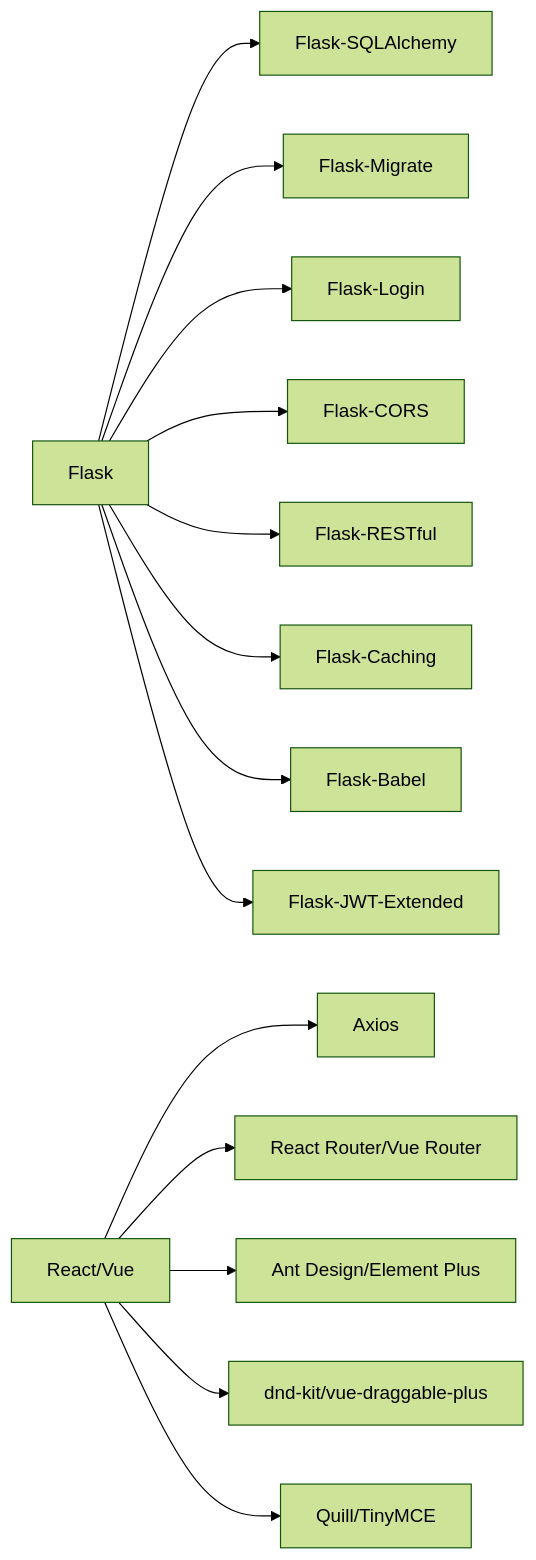
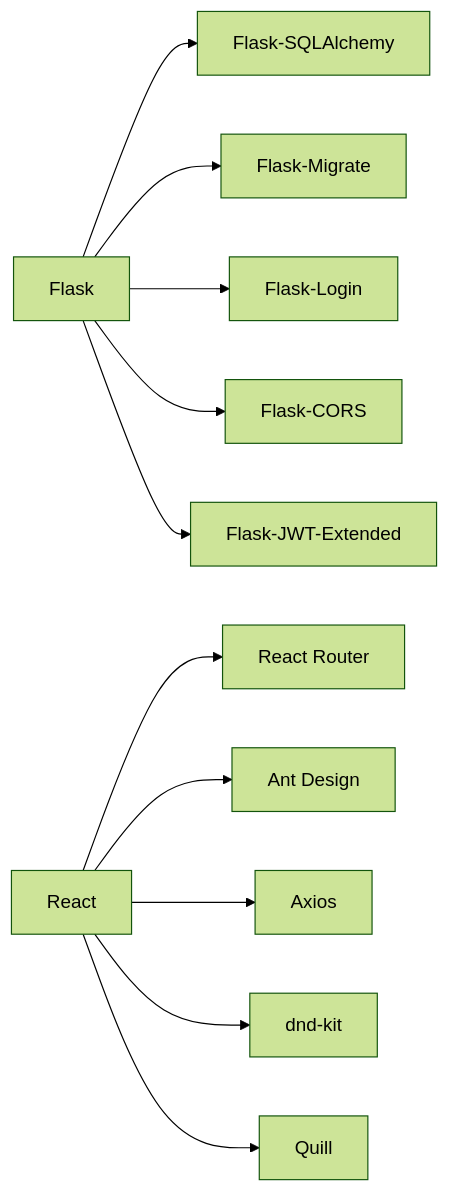
One commit to wyg5208/website_diy changed the sixth of 6 diagrams in .qoder/repowiki/zh/content/项目实施计划/项目开发阶段/开发实施阶段.md. Above: the diagram before and after it, drawn with Mermaid (forest theme). The commit also changed other lines of this file and 43 other files, not shown here.

````diff
--- a/.qoder/repowiki/zh/content/项目实施计划/项目开发阶段/开发实施阶段.md
+++ b/.qoder/repowiki/zh/content/项目实施计划/项目开发阶段/开发实施阶段.md
@@ -363,16 +520,13 @@
 ```mermaid
 graph LR
 Flask["Flask"] --> SQLAlchemy["Flask-SQLAlchemy"]
 Flask --> Migrate["Flask-Migrate"]
 Flask --> Login["Flask-Login"]
 Flask --> CORS["Flask-CORS"]
-Flask --> RESTful["Flask-RESTful"]
-Flask --> Caching["Flask-Caching"]
-Flask --> Babel["Flask-Babel"]
 Flask --> JWT["Flask-JWT-Extended"]
-React["React/Vue"] --> Axios["Axios"]
-React --> Router["React Router/Vue Router"]
-React --> UI["Ant Design/Element Plus"]
-React --> Drag["dnd-kit/vue-draggable-plus"]
-React --> Rich["Quill/TinyMCE"]
+React["React"] --> Router["React Router"]
+React --> UI["Ant Design"]
+React --> Axios["Axios"]
+React --> Drag["dnd-kit"]
+React --> Rich["Quill"]
 ```
````
